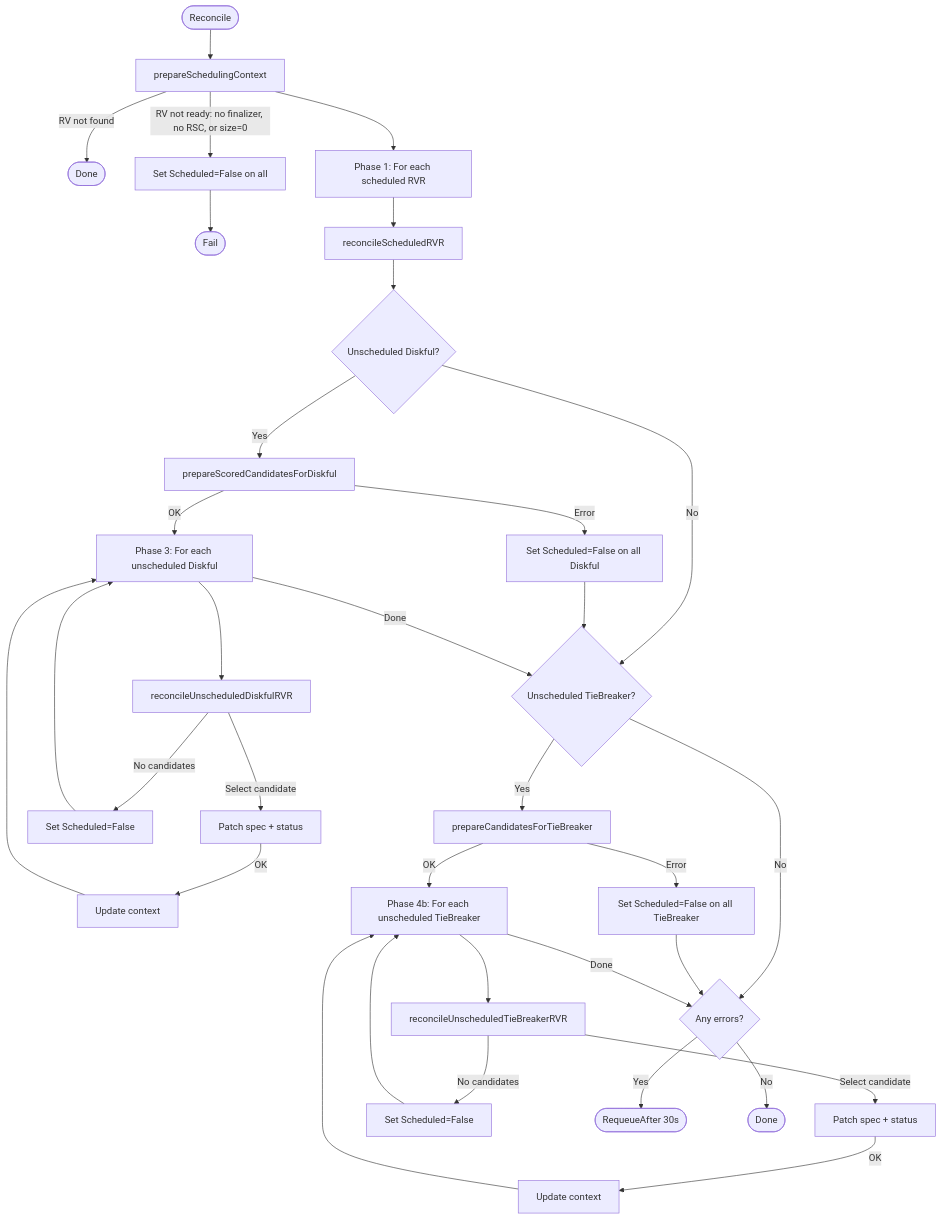
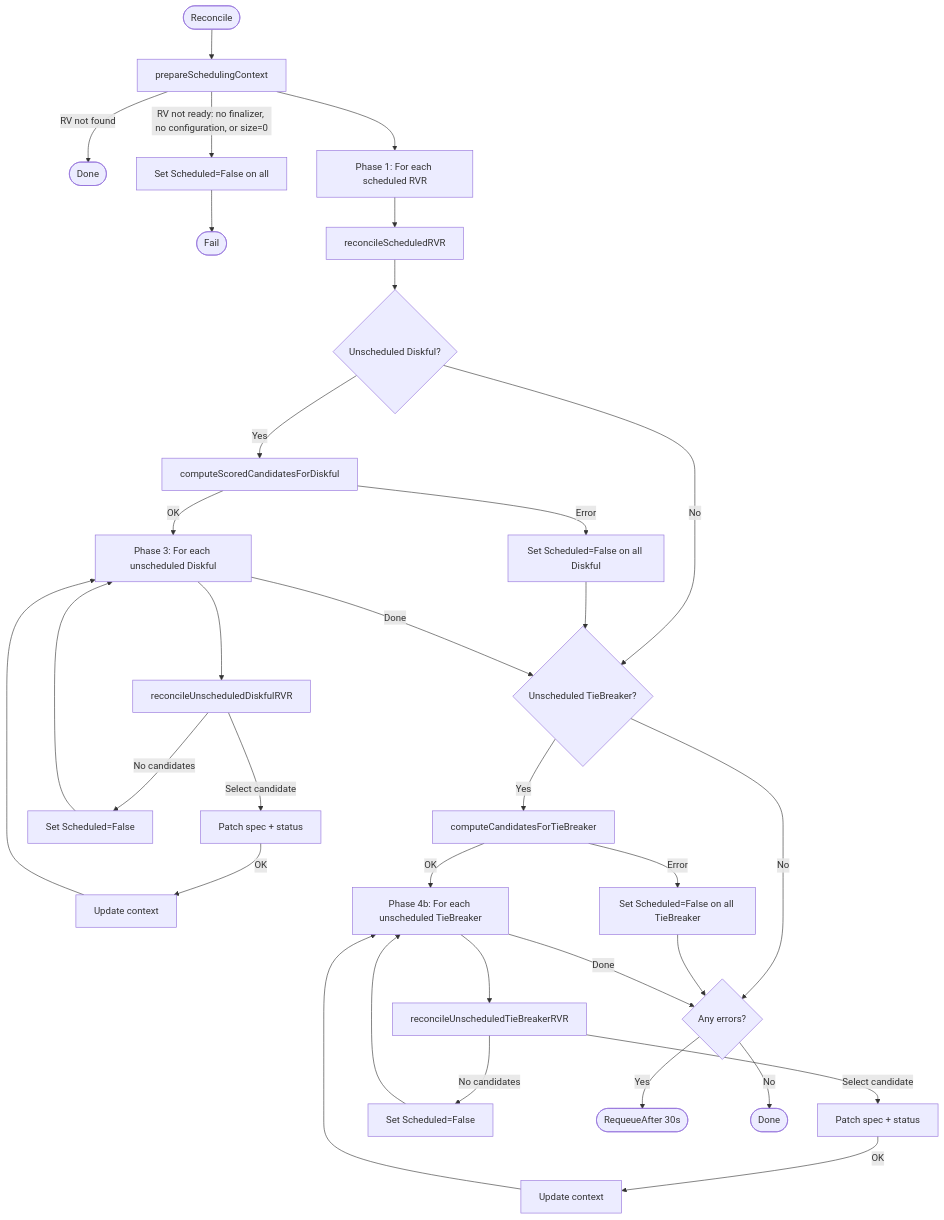
The first of 5 diagrams in images/controller/internal/controllers/rvr_scheduling_controller/README.md (deckhouse/sds-replicated-volume), drawn with Mermaid before and after one commit. The commit also changed other lines of this file and 8 other files, not shown here.

````diff
--- a/images/controller/internal/controllers/rvr_scheduling_controller/README.md
+++ b/images/controller/internal/controllers/rvr_scheduling_controller/README.md
@@ -177,42 +173,42 @@
 ```mermaid
 flowchart TD
     Start([Reconcile]) --> Prepare[prepareSchedulingContext]
     Prepare -->|RV not found| Done1([Done])
-    Prepare -->|RV not ready: no finalizer, no RSC, or size=0| SetFailed1[Set Scheduled=False on all]
+    Prepare -->|RV not ready: no finalizer, no configuration, or size=0| SetFailed1[Set Scheduled=False on all]
     SetFailed1 --> Fail1([Fail])
 
     Prepare --> Phase1[Phase 1: For each scheduled RVR]
     Phase1 --> ReconcileScheduled[reconcileScheduledRVR]
     ReconcileScheduled --> Phase2{Unscheduled Diskful?}
 
     Phase2 -->|No| Phase4a
-    Phase2 -->|Yes| PrepareCandidates[prepareScoredCandidatesForDiskful]
+    Phase2 -->|Yes| PrepareCandidates[computeScoredCandidatesForDiskful]
     PrepareCandidates -->|Error| MarkFailed[Set Scheduled=False on all Diskful]
     MarkFailed --> Phase4a
     PrepareCandidates -->|OK| Phase3[Phase 3: For each unscheduled Diskful]
 
     Phase3 --> ReconcileDiskful[reconcileUnscheduledDiskfulRVR]
     ReconcileDiskful -->|Select candidate| PatchDiskful[Patch spec + status]
     PatchDiskful -->|OK| UpdateCtx[Update context]
     UpdateCtx --> Phase3
     ReconcileDiskful -->|No candidates| SetFalse2[Set Scheduled=False]
     SetFalse2 --> Phase3
 
     Phase3 -->|Done| Phase4a{Unscheduled TieBreaker?}
     Phase4a -->|No| CheckErrors
-    Phase4a -->|Yes| PrepareTBCandidates[prepareCandidatesForTieBreaker]
+    Phase4a -->|Yes| PrepareTBCandidates[computeCandidatesForTieBreaker]
     PrepareTBCandidates -->|Error| MarkTBFailed[Set Scheduled=False on all TieBreaker]
     MarkTBFailed --> CheckErrors
     PrepareTBCandidates -->|OK| Phase4b[Phase 4b: For each unscheduled TieBreaker]
 
     Phase4b --> ReconcileTB[reconcileUnscheduledTieBreakerRVR]
     ReconcileTB -->|Select candidate| PatchTB[Patch spec + status]
     PatchTB -->|OK| UpdateCtx2[Update context]
     UpdateCtx2 --> Phase4b
     ReconcileTB -->|No candidates| SetFalse3[Set Scheduled=False]
     SetFalse3 --> Phase4b
 
     Phase4b -->|Done| CheckErrors{Any errors?}
     CheckErrors -->|Yes| Requeue([RequeueAfter 30s])
     CheckErrors -->|No| Done2([Done])
 ```
````
